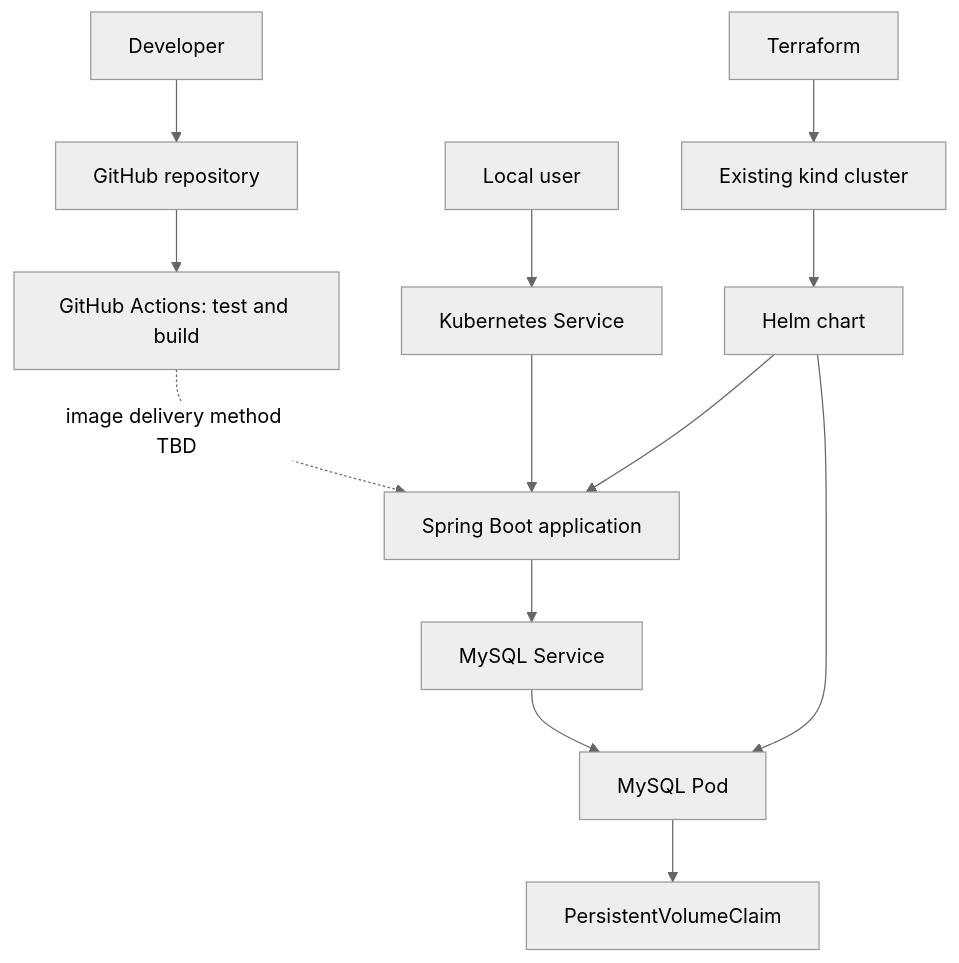
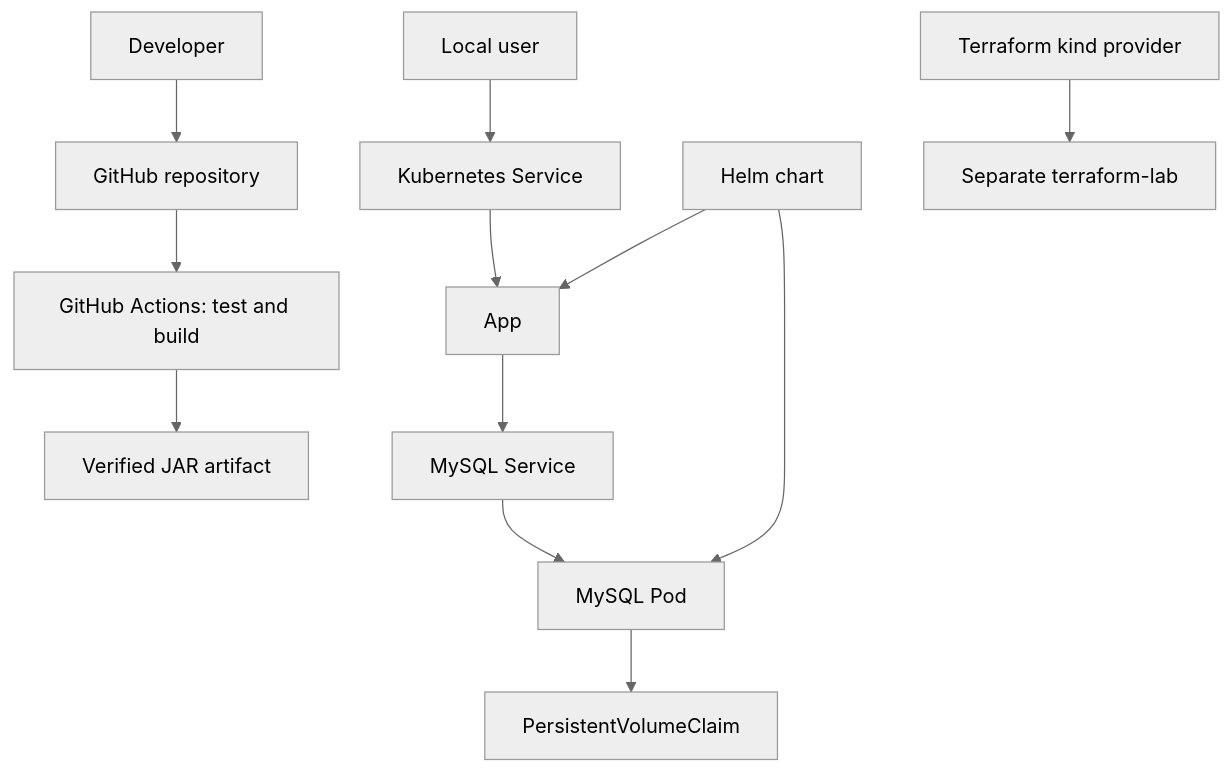
One commit to DaudCloud-sudo/crewmeister-devops-challenge changed the diagram in docs/02-architecture-design.md. Above: the diagram before and after it, drawn with Mermaid (neutral theme). The commit also changed other lines of this file and 9 other files, not shown here.

````diff
--- a/docs/02-architecture-design.md
+++ b/docs/02-architecture-design.md
@@ -7,15 +7,14 @@
 ```mermaid
 flowchart TD
     Dev[Developer] --> Git[GitHub repository]
     Git --> CI[GitHub Actions: test and build]
-    CI -. image delivery method TBD .-> App[Spring Boot application]
+    CI --> Artifact[Verified JAR artifact]
     User[Local user] --> Svc[Kubernetes Service]
     Svc --> App
     App --> DBsvc[MySQL Service]
     DBsvc --> DB[MySQL Pod]
     DB --> PVC[PersistentVolumeClaim]
     Helm[Helm chart] --> App
     Helm --> DB
-    TF[Terraform] --> Cluster[Existing kind cluster]
-    Cluster --> Helm
+    TF[Terraform kind provider] --> TFCluster[Separate terraform-lab]
 ```
````
